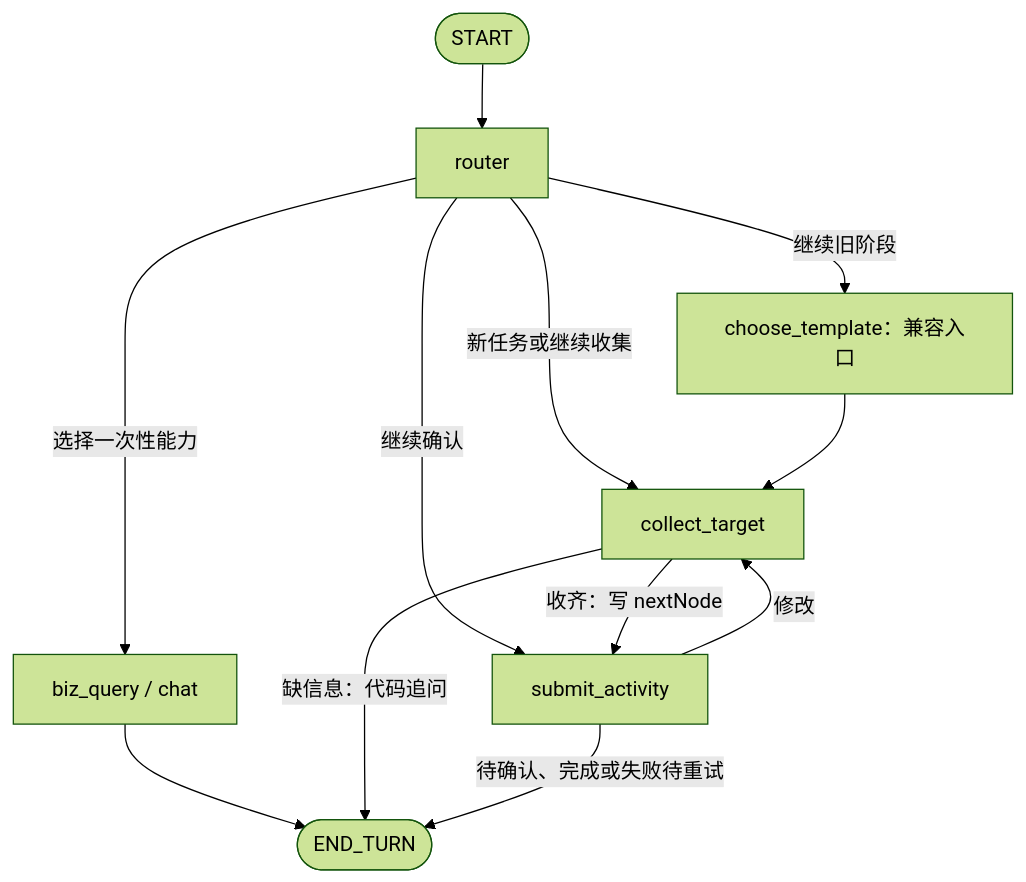
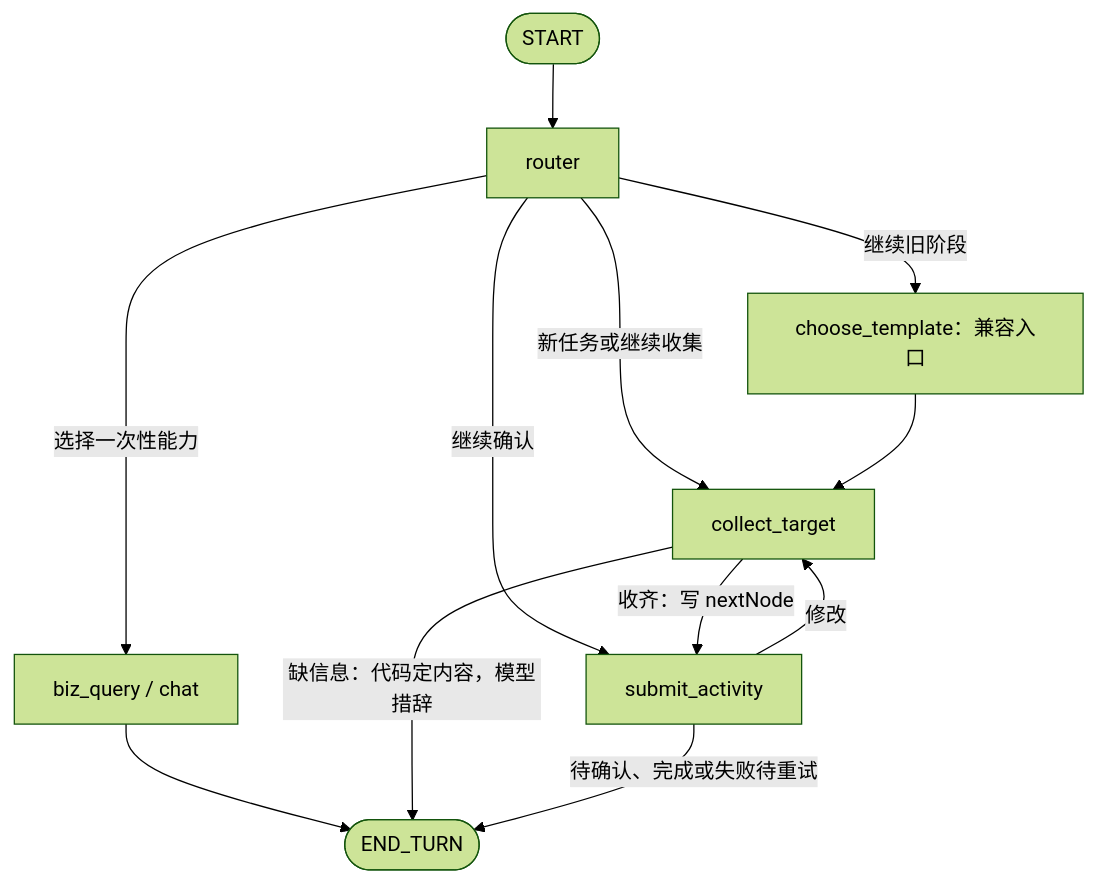
One commit to wyn407473978/smart-flow changed the fourth of 6 diagrams in docs/architecture.md. Above: the diagram before and after it, drawn with Mermaid (forest theme). The commit also changed other lines of this file and 15 other files, not shown here.

````diff
--- a/docs/architecture.md
+++ b/docs/architecture.md
@@ -226,14 +226,14 @@
 ```mermaid
 flowchart TD
     S([START]) --> R[router]
     R -->|"选择一次性能力"| B[biz_query / chat]
     R -->|"新任务或继续收集"| C[collect_target]
     R -->|"继续旧阶段"| L[choose_template：兼容入口]
     L --> C
     R -->|"继续确认"| F[submit_activity]
     C -->|"收齐：写 nextNode"| F
     F -->|"修改"| C
     B --> E([END_TURN])
-    C -->|"缺信息：代码追问"| E
+    C -->|"缺信息：代码定内容，模型措辞"| E
     F -->|"待确认、完成或失败待重试"| E
 ```
````
